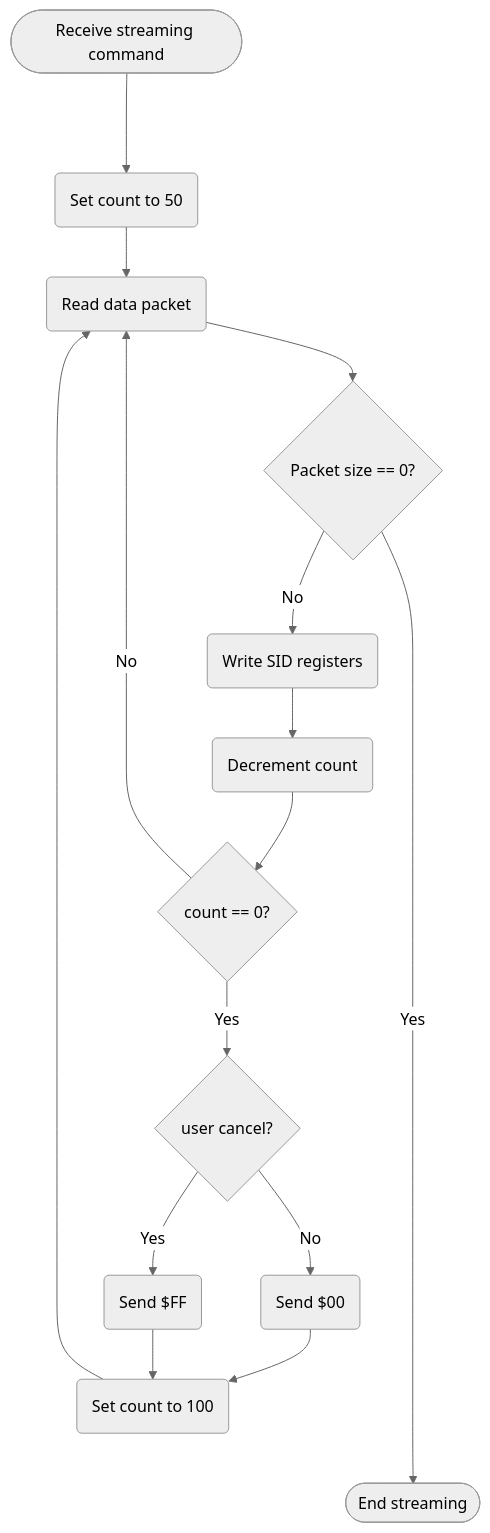
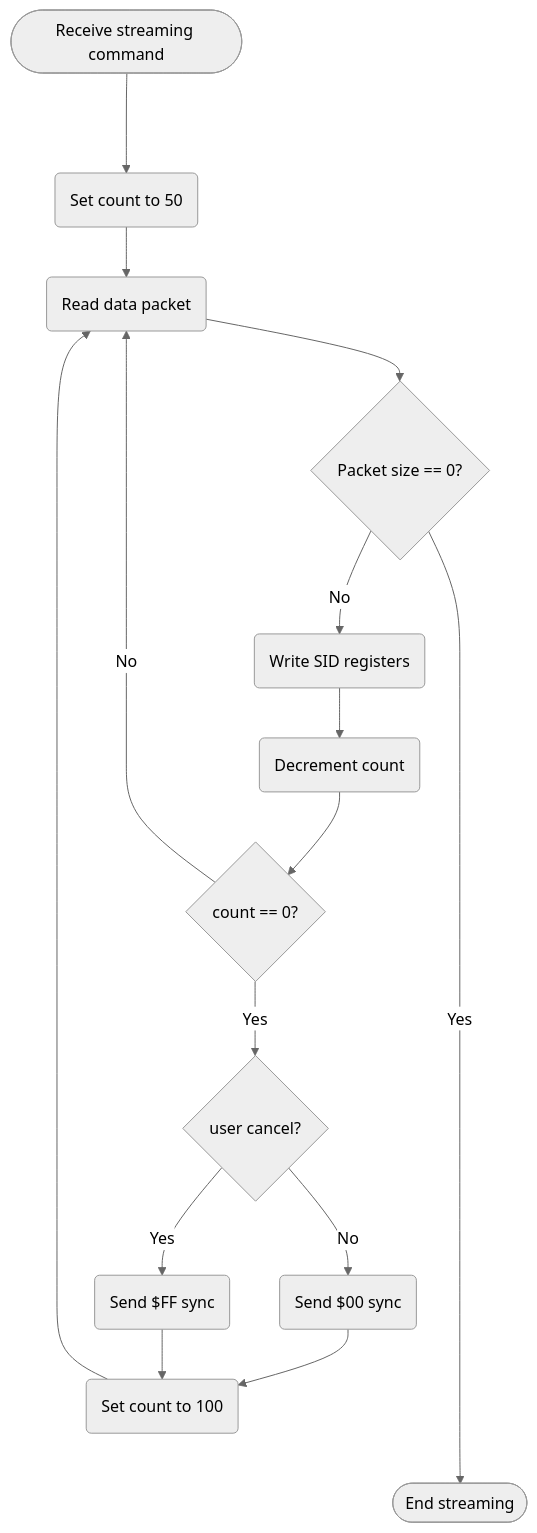
Before and after one commit to retrocomputacion/retrobbs: the second of 2 diagrams in docs/sid_streaming.md, drawn with Mermaid (neutral theme). The commit also changed other lines of this file, not shown here.

````diff
--- a/docs/sid_streaming.md
+++ b/docs/sid_streaming.md
@@ -26,24 +46,24 @@
 ```mermaid
 flowchart TD
     id1([Receive streaming command])
     id2(Set count to 50)
     id3(Read data packet)
     id4(Write SID registers)
     id5(Decrement count)
     id6{count == 0?}
     id7{user cancel?}
-    id8(Send $00)
+    id8(Send $00 sync)
     id9(Set count to 100)
     id10{Packet size == 0?}
     id11([End streaming])
-    id12(Send $FF)
+    id12(Send $FF sync)
     id1 ---> id2 --> id3 --> id10 
     id10 -- No --> id4 --> id5 --> id6
     id10 -- Yes --------> id11
     id6 -- Yes --> id7
     id6 -- No --> id3
     id7 -- No --> id8
     id7 -- Yes --> id12
     id8 & id12 --> id9
     id9 --> id3
 ```
````
